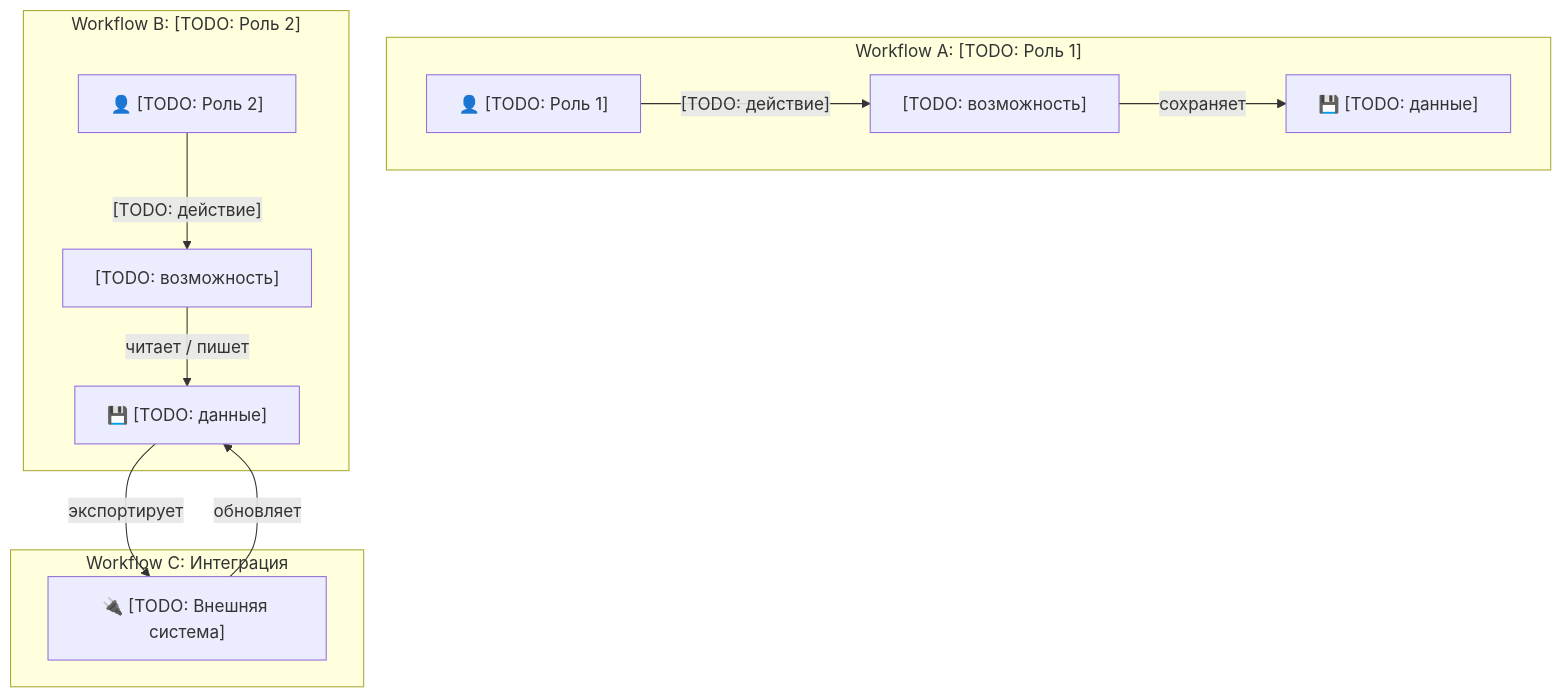
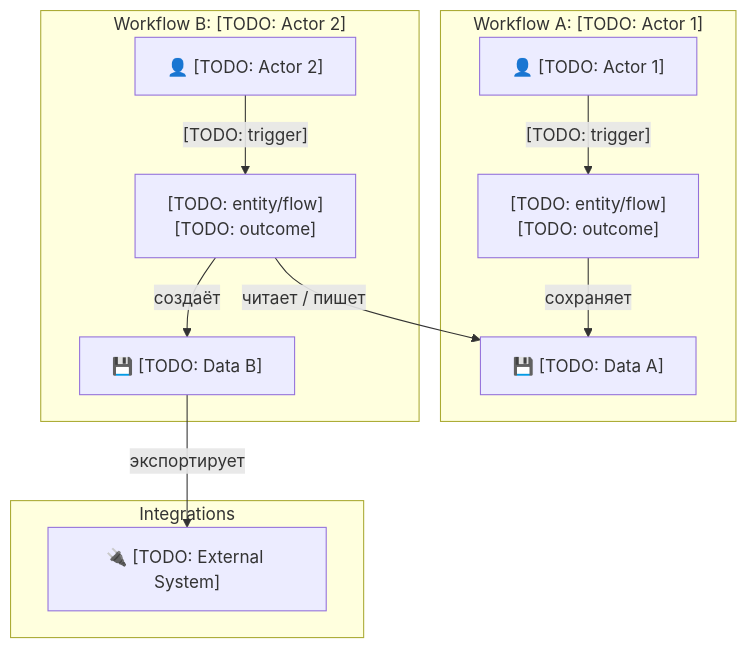
Before and after one commit to cait-solutions/it-dev-methodology: the second of 4 diagrams in templates/USER-MAP.template.md, drawn with Mermaid. The commit also changed other lines of this file and 3 other files, not shown here.

````diff
--- a/templates/USER-MAP.template.md
+++ b/templates/USER-MAP.template.md
@@ -96,20 +106,20 @@
 ```mermaid
 graph TD
-    subgraph WorkflowA["Workflow A: [TODO: Роль 1]"]
-        RoleA["👤 [TODO: Роль 1]"]
-        RoleA -->|"[TODO: действие]"| Cap1A["[TODO: возможность]"]
-        Cap1A -->|"сохраняет"| Data1["💾 [TODO: данные]"]
+    subgraph WorkflowA["Workflow A: [TODO: Actor 1]"]
+        ActorA["👤 [TODO: Actor 1]"]
+        ActorA -->|"[TODO: trigger]"| FlowA["[TODO: entity/flow]<br/>[TODO: outcome]"]
+        FlowA -->|"сохраняет"| DataA["💾 [TODO: Data A]"]
     end
 
-    subgraph WorkflowB["Workflow B: [TODO: Роль 2]"]
-        RoleB["👤 [TODO: Роль 2]"]
-        RoleB -->|"[TODO: действие]"| Cap2B["[TODO: возможность]"]
-        Cap2B -->|"читает / пишет"| Data2["💾 [TODO: данные]"]
+    subgraph WorkflowB["Workflow B: [TODO: Actor 2]"]
+        ActorB["👤 [TODO: Actor 2]"]
+        ActorB -->|"[TODO: trigger]"| FlowB["[TODO: entity/flow]<br/>[TODO: outcome]"]
+        FlowB -->|"читает / пишет"| DataA
+        FlowB -->|"создаёт"| DataB["💾 [TODO: Data B]"]
     end
 
-    subgraph WorkflowC["Workflow C: Интеграция"]
-        Ext["🔌 [TODO: Внешняя система]"]
-        Data2 -->|"экспортирует"| Ext
-        Ext -->|"обновляет"| Data2
+    subgraph Integrations["Integrations"]
+        Ext["🔌 [TODO: External System]"]
+        DataB -->|"экспортирует"| Ext
     end
 ```
````
